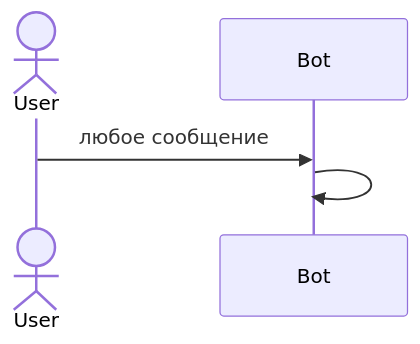
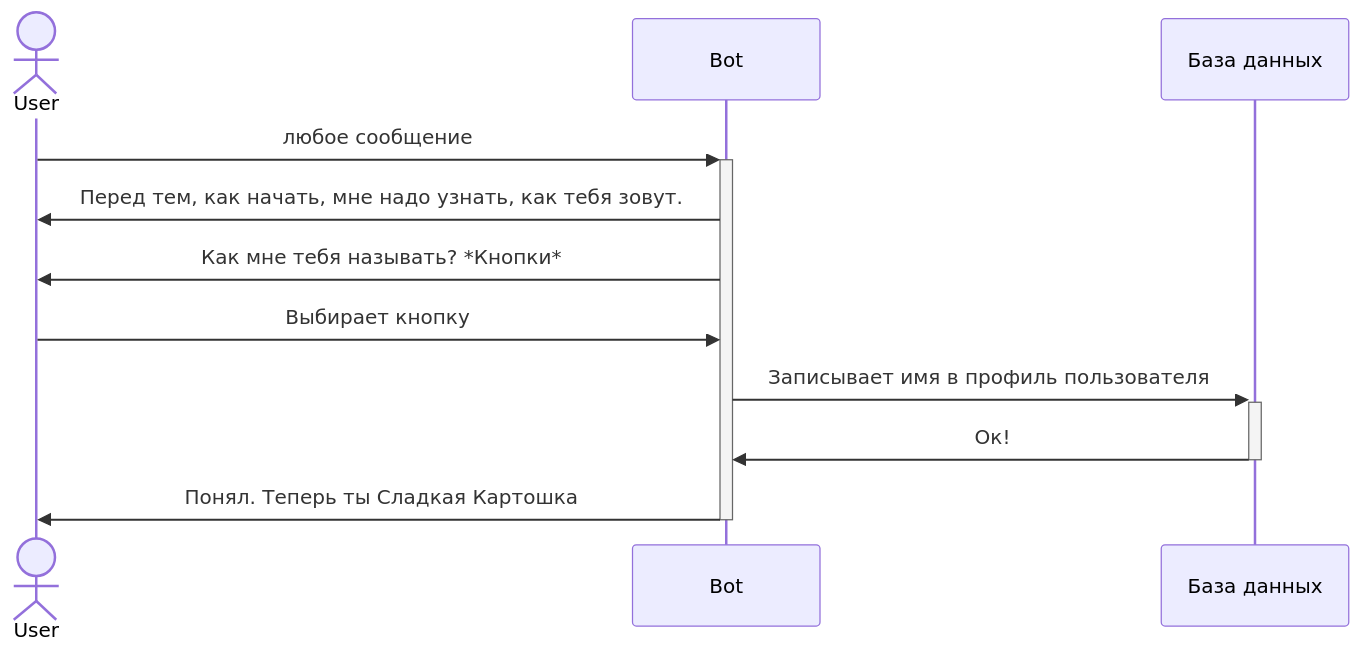
One commit to assisken/zakhar changed the diagram in docs/interactives.md. Above: the diagram before and after it, drawn with Mermaid. The commit also changed other lines of this file, not shown here.

````diff
--- a/docs/interactives.md
+++ b/docs/interactives.md
@@ -7,9 +19,15 @@
 ```mermaid
 sequenceDiagram
     actor User
     participant Bot
+    participant DB as База данных
 
-    User->>Bot: любое сообщение
-    Bot->>Bot: 
+    User->>+Bot: любое сообщение
+    Bot->>User: Перед тем, как начать, мне надо узнать, как тебя зовут.
+    Bot->>User: Как мне тебя называть? *Кнопки*
+    User->>Bot: Выбирает кнопку
+    Bot->>+DB: Записывает имя в профиль пользователя
+    DB->>-Bot: Ок!
+    Bot->>-User: Понял. Теперь ты Сладкая Картошка
 
 ```
````
